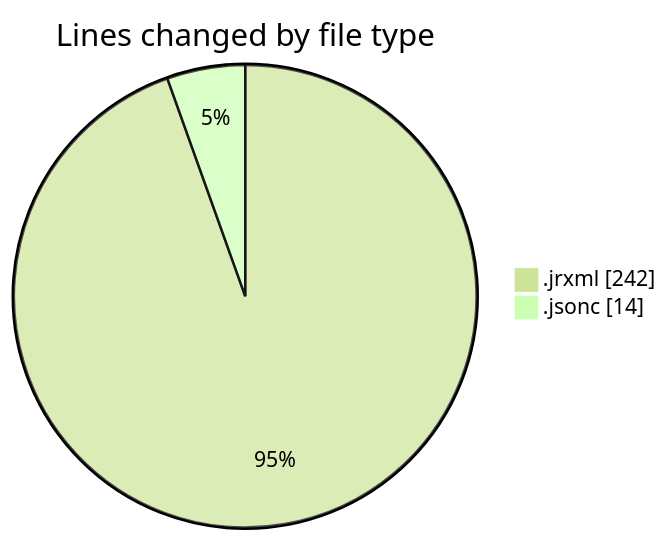
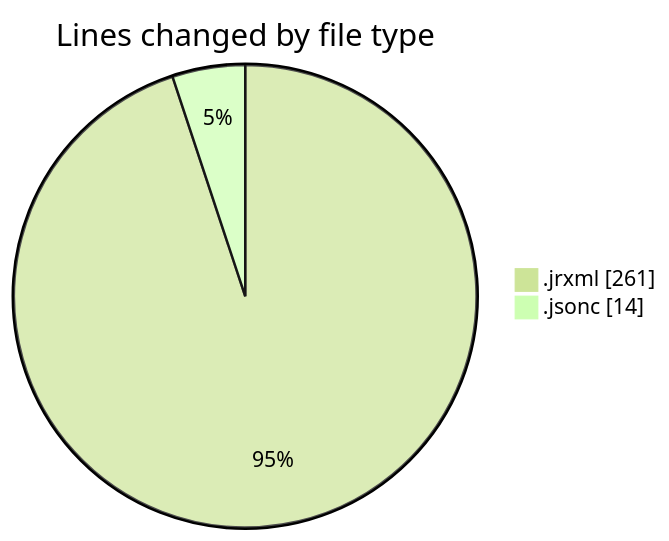
Before and after one commit to ricardozamudiocil/code-tracking: the first of 2 diagrams in 2026-07-09/cilreports__workspace_/README.md, drawn with Mermaid (forest theme). The commit also changed other lines of this file and 1 other file, not shown here.

````diff
--- a/2026-07-09/cilreports__workspace_/README.md
+++ b/2026-07-09/cilreports__workspace_/README.md
@@ -21,6 +21,6 @@
 ```mermaid
 pie showData
 title Lines changed by file type
-".jrxml" : 242
+".jrxml" : 261
 ".jsonc" : 14
 ```
````
